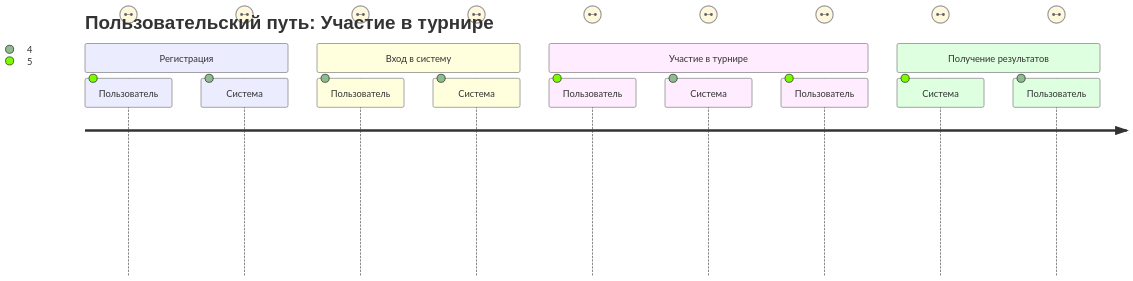
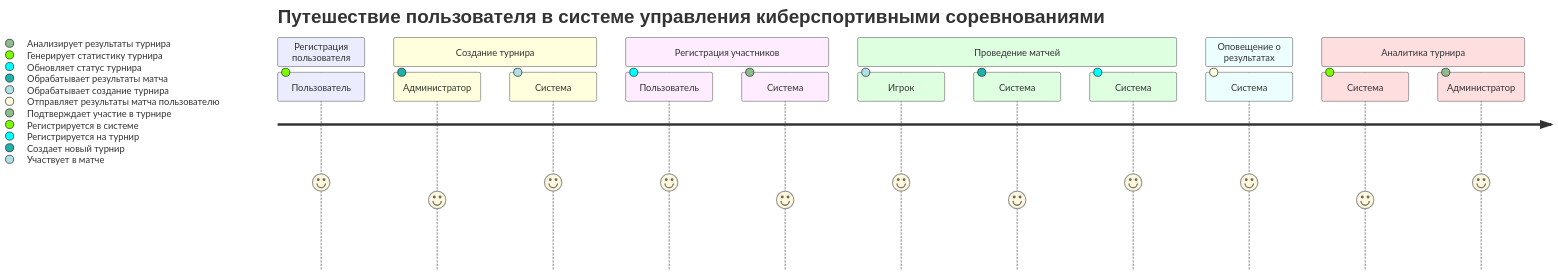
The second of 3 diagrams in README.md (VladDer27/mermaid-practice-12), drawn with Mermaid before and after one commit.

````diff
--- a/README.md
+++ b/README.md
@@ -48,17 +48,21 @@
 ```mermaid
 journey
-  title Пользовательский путь: Участие в турнире
-  section Регистрация
-    Пользователь: Заполняет форму регистрации: 5: Пользователь
-    Система: Создает учетную запись: 4: Система
-  section Вход в систему
-    Пользователь: Авторизуется: 4: Пользователь
-    Система: Проверяет учетные данные: 4: Система
-  section Участие в турнире
-    Пользователь: Выбирает турнир: 5: Пользователь
-    Система: Подтверждает участие: 4: Система
-    Пользователь: Участвует в матчах: 5: Пользователь
-  section Получение результатов
-    Система: Сохраняет статистику: 5: Система
-    Пользователь: Смотрит результаты и отчеты: 4: Пользователь
+    title Путешествие пользователя в системе управления киберспортивными соревнованиями
+    section Регистрация пользователя
+      Пользователь: 5: Регистрируется в системе
+    section Создание турнира
+      Администратор: 4: Создает новый турнир
+      Система: 5: Обрабатывает создание турнира
+    section Регистрация участников
+      Пользователь: 5: Регистрируется на турнир
+      Система: 4: Подтверждает участие в турнире
+    section Проведение матчей
+      Игрок: 5: Участвует в матче
+      Система: 4: Обрабатывает результаты матча
+      Система: 5: Обновляет статус турнира
+    section Оповещение о результатах
+      Система: 5: Отправляет результаты матча пользователю
+    section Аналитика турнира
+      Система: 4: Генерирует статистику турнира
+      Администратор: 5: Анализирует результаты турнира
 ```
````
